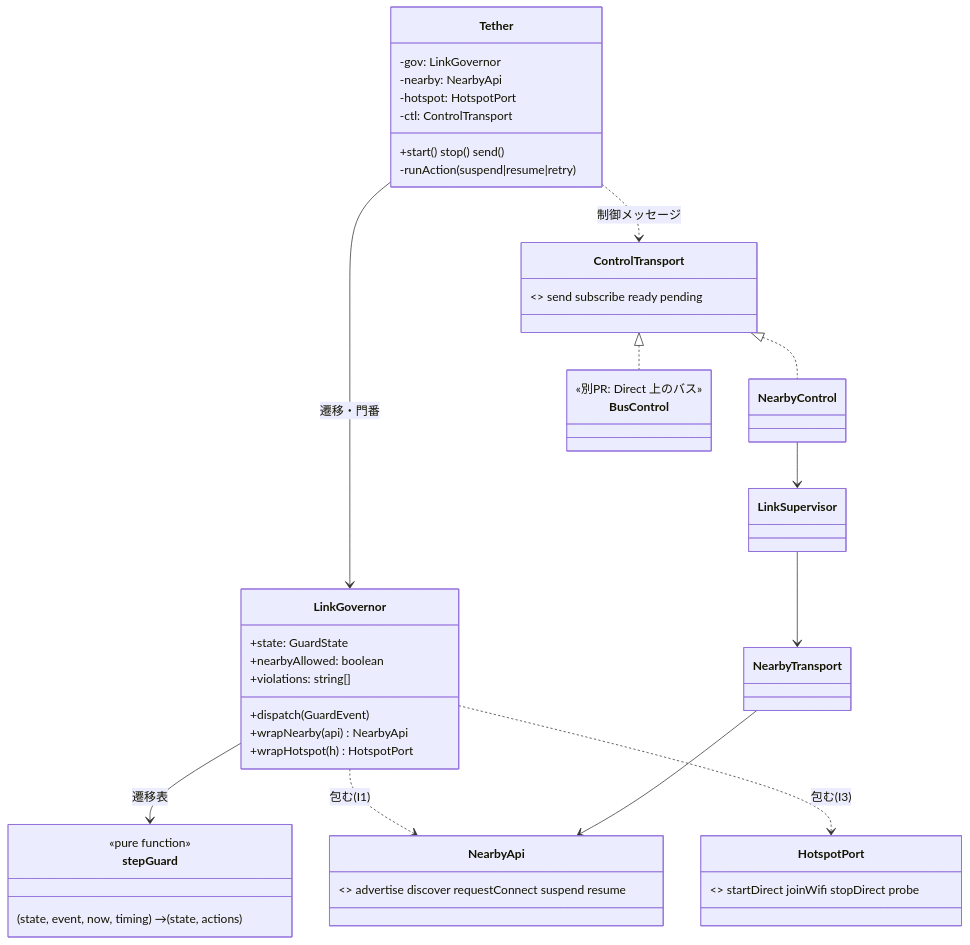
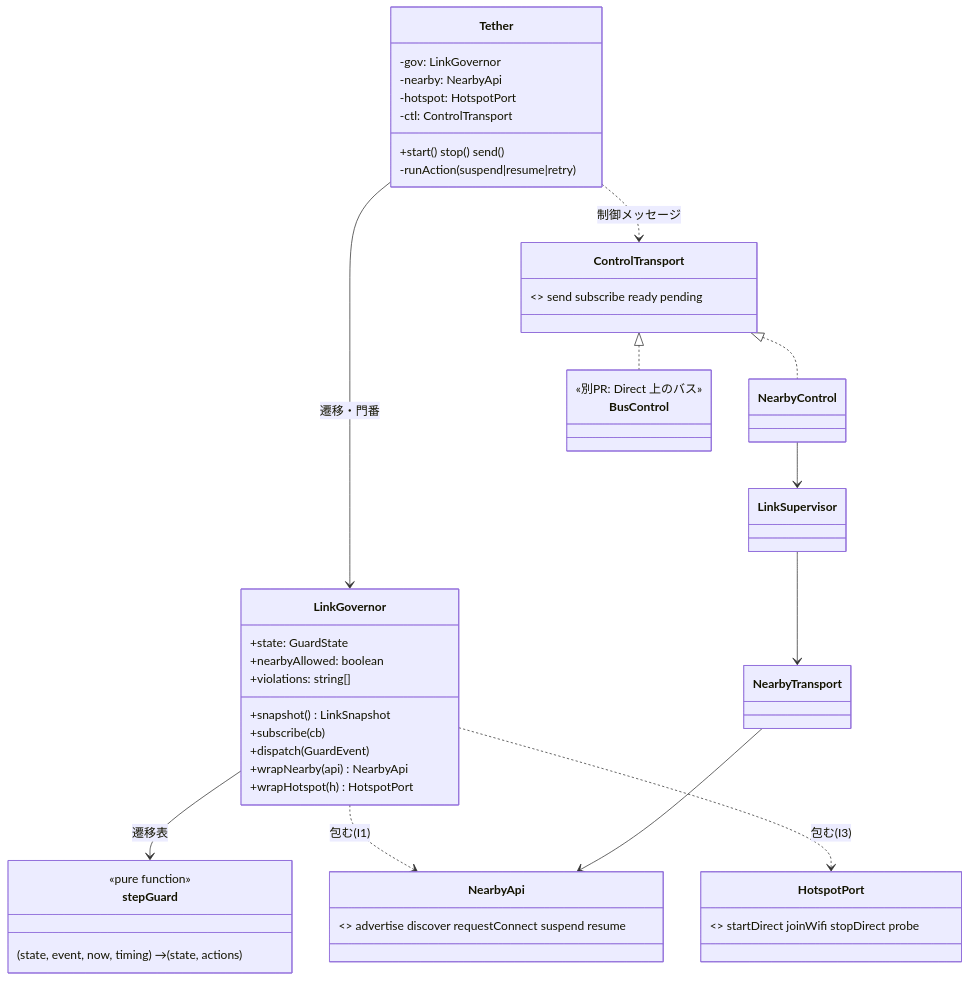
Before and after one commit to re-x-inc/wifi-direct-auto-thethering: the third of 3 diagrams in docs/LINK_STATE.md, drawn with Mermaid. The commit also changed other lines of this file and 7 other files, not shown here.

First line of the commit message:
feat: 時間設定(timing)・親機が正の配布・画面用の状態スナップショット(linkSnapshot/onLink)

````diff
--- a/docs/LINK_STATE.md
+++ b/docs/LINK_STATE.md
@@ -110,38 +120,40 @@
 ```mermaid
 classDiagram
     class Tether {
       -gov: LinkGovernor
       -nearby: NearbyApi
       -hotspot: HotspotPort
       -ctl: ControlTransport
       +start() stop() send()
       -runAction(suspend|resume|retry)
     }
     class LinkGovernor {
       +state: GuardState
+      +snapshot() LinkSnapshot
+      +subscribe(cb)
       +nearbyAllowed: boolean
       +dispatch(GuardEvent)
       +wrapNearby(api) NearbyApi
       +wrapHotspot(h) HotspotPort
       +violations: string[]
     }
     class stepGuard {
       <<pure function>>
       (state, event, now, timing) → (state, actions)
     }
     class NearbyApi { <<native: NearbyLink>> advertise discover requestConnect suspend resume }
     class HotspotPort { <<native: Hotspot>> startDirect joinWifi stopDirect probe }
     class ControlTransport { <<interface>> send subscribe ready pending }
     class NearbyControl
     class BusControl { <<別PR: Direct 上のバス>> }
     Tether --> LinkGovernor : 遷移・門番
     Tether ..> ControlTransport : 制御メッセージ
     ControlTransport <|.. NearbyControl
     ControlTransport <|.. BusControl
     LinkGovernor --> stepGuard : 遷移表
     LinkGovernor ..> NearbyApi : 包む(I1)
     LinkGovernor ..> HotspotPort : 包む(I3)
     NearbyControl --> LinkSupervisor
     LinkSupervisor --> NearbyTransport
     NearbyTransport --> NearbyApi
 ```
````
